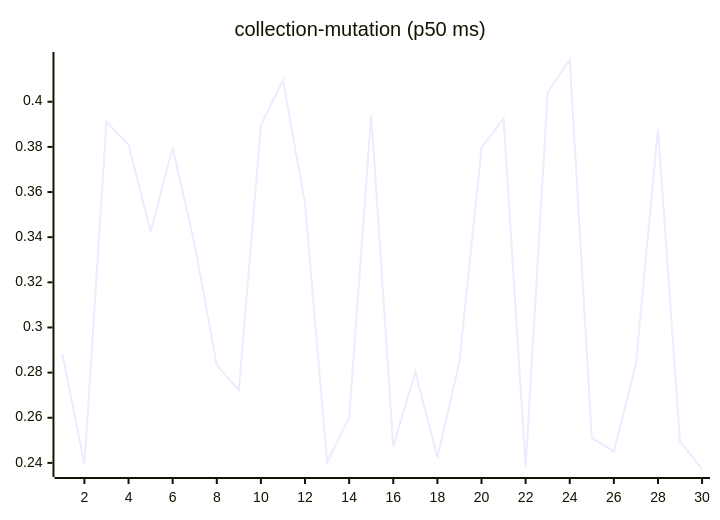
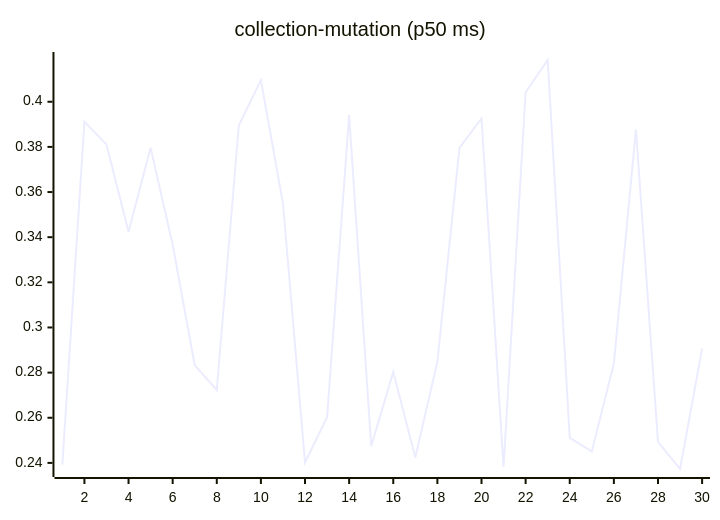
Before and after one commit to josha/Facet: the sixth of 27 diagrams in README.md, drawn with Mermaid. The commit also changed other lines of this file and 2 other files, not shown here.

````diff
--- a/README.md
+++ b/README.md
@@ -98,6 +98,6 @@
 ```mermaid
 xychart-beta
     title "collection-mutation (p50 ms)"
     x-axis 1 --> 30
-    line [0.2883, 0.2393, 0.3911, 0.3811, 0.3424, 0.3796, 0.3367, 0.2833, 0.2723, 0.3895, 0.4096, 0.3550, 0.2402, 0.2602, 0.3941, 0.2474, 0.2803, 0.2424, 0.2848, 0.3796, 0.3926, 0.2382, 0.4042, 0.4185, 0.2511, 0.2451, 0.2840, 0.3878, 0.2493, 0.2373]
+    line [0.2393, 0.3911, 0.3811, 0.3424, 0.3796, 0.3367, 0.2833, 0.2723, 0.3895, 0.4096, 0.3550, 0.2402, 0.2602, 0.3941, 0.2474, 0.2803, 0.2424, 0.2848, 0.3796, 0.3926, 0.2382, 0.4042, 0.4185, 0.2511, 0.2451, 0.2840, 0.3878, 0.2493, 0.2373, 0.2906]
 ```
````
